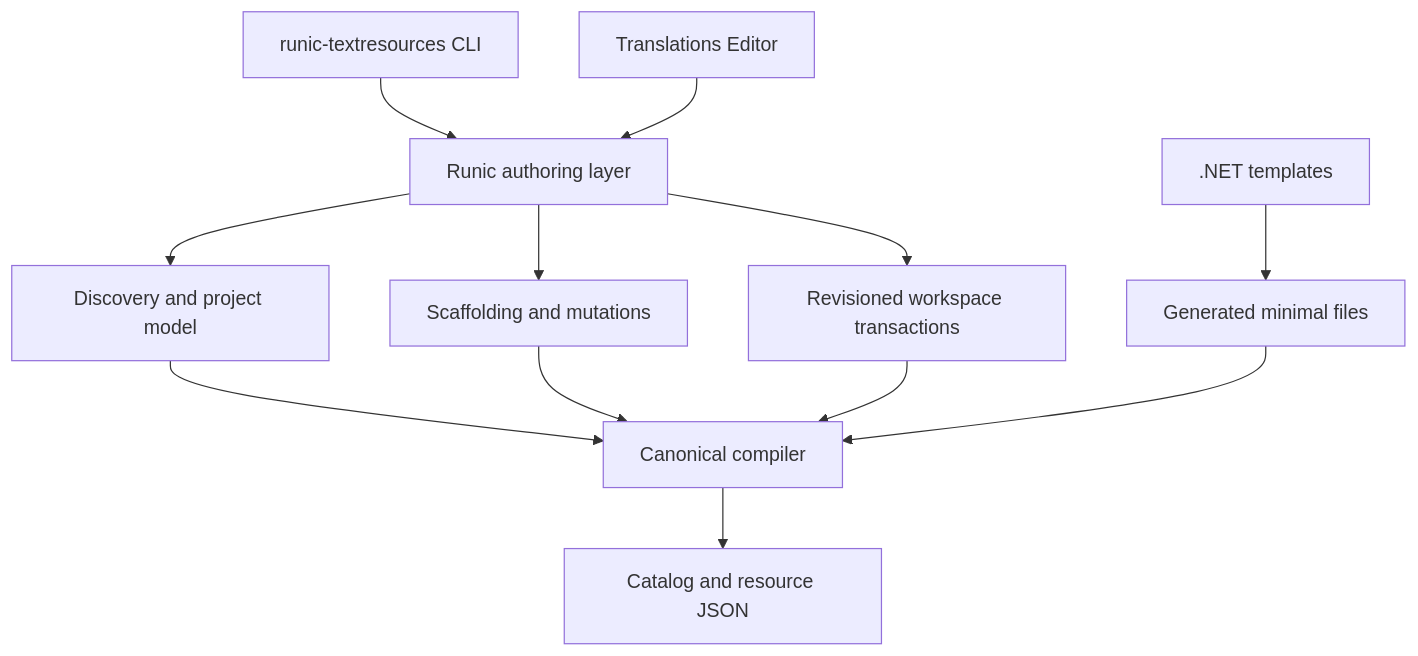
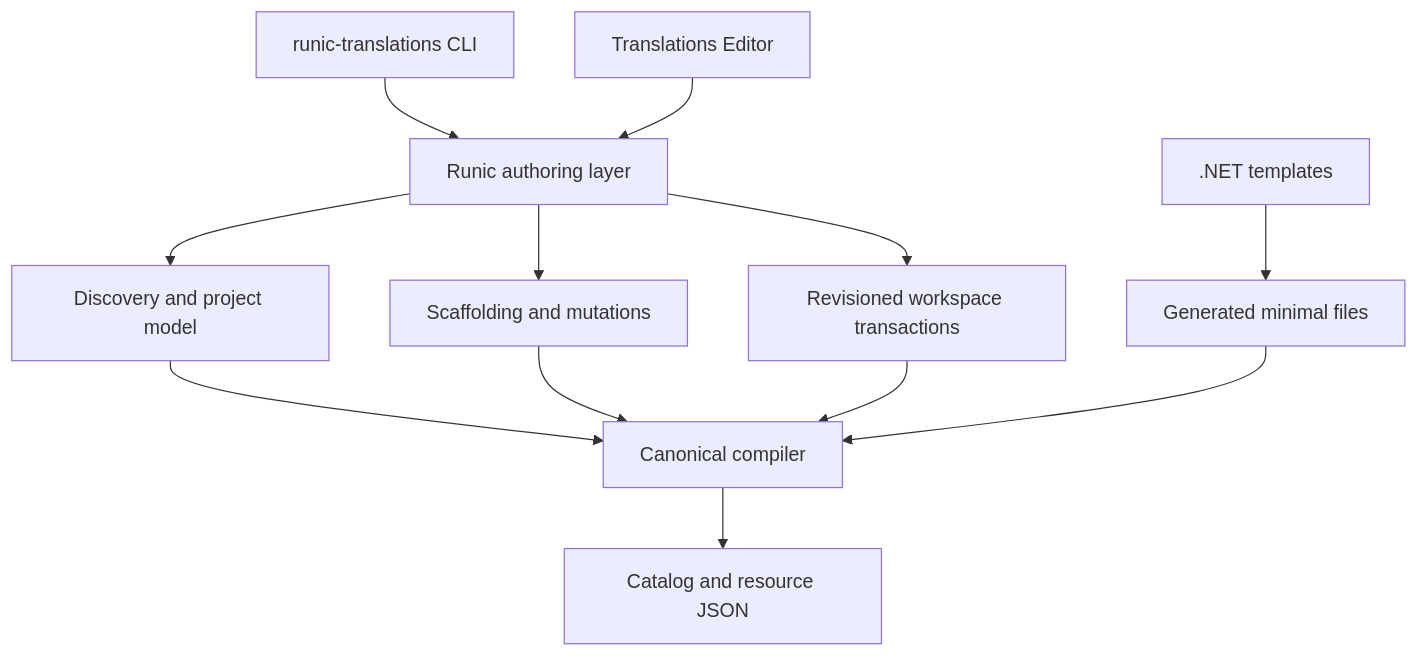
One commit to Runic-Artifex/runic-translations-editor changed the diagram in docs/translations-editor-plan.md. Above: the diagram before and after it, drawn with Mermaid. The commit also changed other lines of this file and 22 other files, not shown here.

````diff
--- a/docs/translations-editor-plan.md
+++ b/docs/translations-editor-plan.md
@@ -82,14 +82,14 @@
 ```mermaid
 flowchart TD
     T[".NET templates"] --> F["Generated minimal files"]
-    C["runic-textresources CLI"] --> A["Runic authoring layer"]
+    C["runic-translations CLI"] --> A["Runic authoring layer"]
     E["Translations Editor"] --> A
     A --> D["Discovery and project model"]
     A --> S["Scaffolding and mutations"]
     A --> W["Revisioned workspace transactions"]
     D --> K["Canonical compiler"]
     S --> K
     W --> K
     K --> J["Catalog and resource JSON"]
     F --> K
 ```
````
